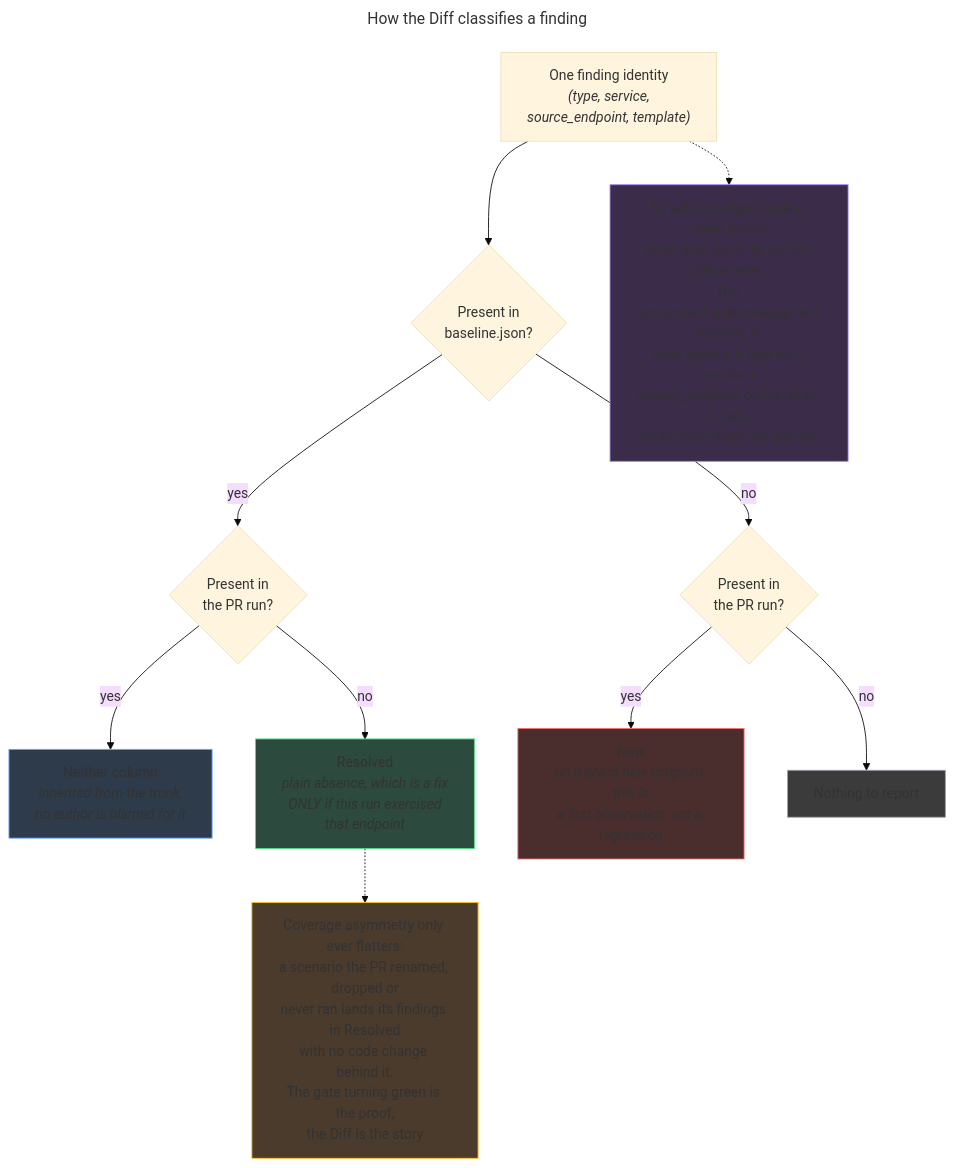
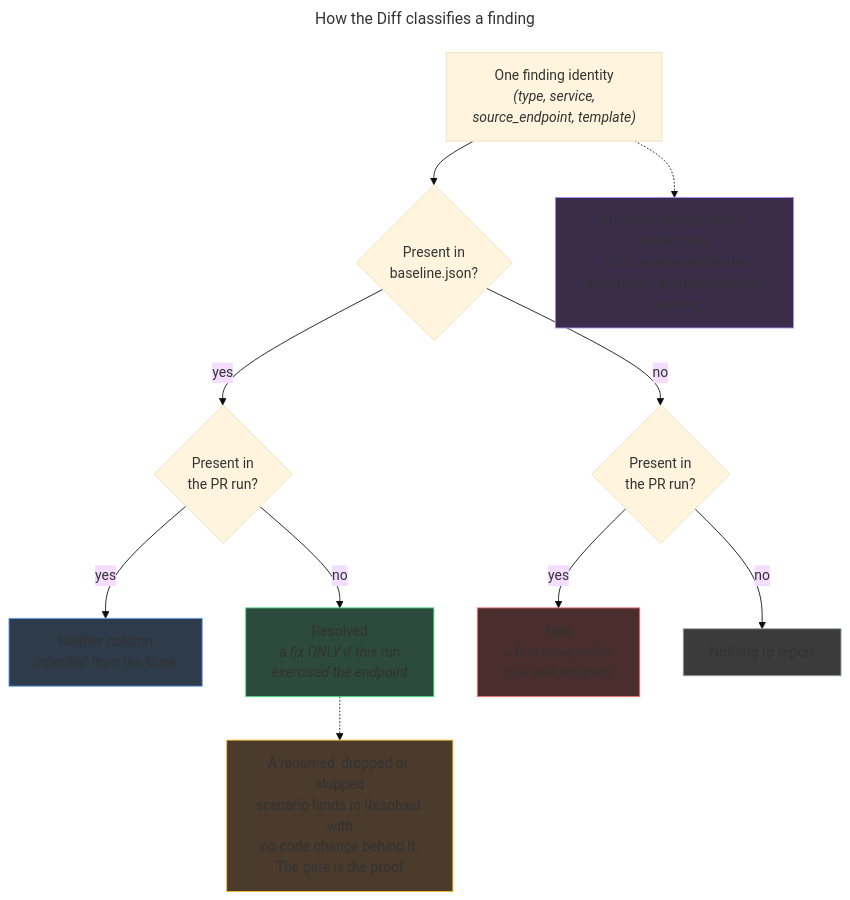
The diagram in docs/diagrams/mmd/diff-classification.mmd (robintra/perf-sentinel), drawn with Mermaid (base theme) before and after one commit. The commit also changed 3 other files, not shown here.

Commit message:
docs(diagrams): shorten the note nodes of the two CI diagrams

```diff
--- a/docs/diagrams/mmd/diff-classification.mmd
+++ b/docs/diagrams/mmd/diff-classification.mmd
@@ -1,35 +1,35 @@
 ---
 title: How the Diff classifies a finding
 ---
 flowchart TD
     key["One finding identity<br/><i>(type, service,<br/>source_endpoint, template)</i>"]
 
     in_base{"Present in<br/>baseline.json?"}
     in_run_yes{"Present in<br/>the PR run?"}
     in_run_no{"Present in<br/>the PR run?"}
 
-    silent["Neither column<br/><i>inherited from the trunk,<br/>no author is blamed for it</i>"]
-    resolved["Resolved<br/><i>plain absence, which is a fix<br/>ONLY if this run exercised<br/>that endpoint</i>"]
-    new_f["New<br/><i>on a brand-new endpoint this is<br/>a first observation, not a regression</i>"]
+    silent["Neither column<br/><i>inherited from the trunk</i>"]
+    resolved["Resolved<br/><i>a fix ONLY if this run<br/>exercised the endpoint</i>"]
+    new_f["New<br/><i>a first observation<br/>on a new endpoint</i>"]
     nothing["Nothing to report"]
 
     key --> in_base
     in_base -- "yes" --> in_run_yes
     in_base -- "no" --> in_run_no
     in_run_yes -- "yes" --> silent
     in_run_yes -- "no" --> resolved
     in_run_no -- "yes" --> new_f
     in_run_no -- "no" --> nothing
 
-    trap["Coverage asymmetry only ever flatters:<br/>a scenario the PR renamed, dropped or<br/>never ran lands its findings in Resolved<br/>with no code change behind it.<br/>The gate turning green is the proof,<br/>the Diff is the story"]
+    trap["A renamed, dropped or skipped<br/>scenario lands in Resolved with<br/>no code change behind it.<br/>The gate is the proof"]
     resolved -.-> trap
 
-    acked["An acknowledged finding never enters<br/>either side, so its fix cannot show here.<br/>The unmatched_acknowledgment warning is<br/>what reports it, and with service +<br/>source_endpoint on the entry it tells<br/>'looks fixed' from 'did not run'"]
+    acked["An acked finding enters neither side.<br/>Its fix is reported by the<br/>unmatched_acknowledgment warning"]
     key -.-> acked
 
     style silent fill:#2d3b4a,stroke:#60a5fa
     style resolved fill:#2d4a3e,stroke:#4ade80
     style new_f fill:#4a2d2d,stroke:#f87171
     style nothing fill:#3b3b3b,stroke:#9ca3af
     style trap fill:#4a3b2d,stroke:#fbbf24
     style acked fill:#3b2d4a,stroke:#a78bfa
```
